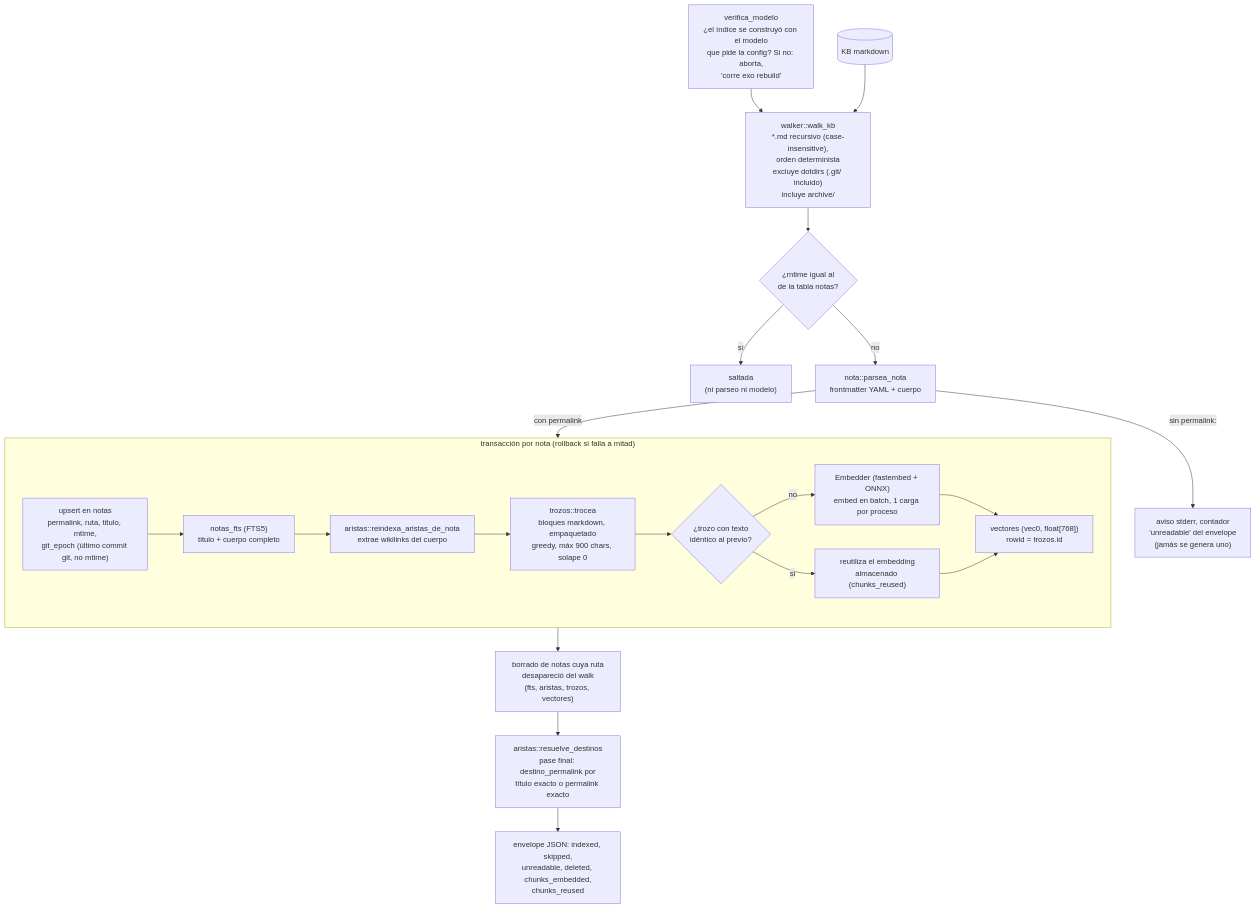
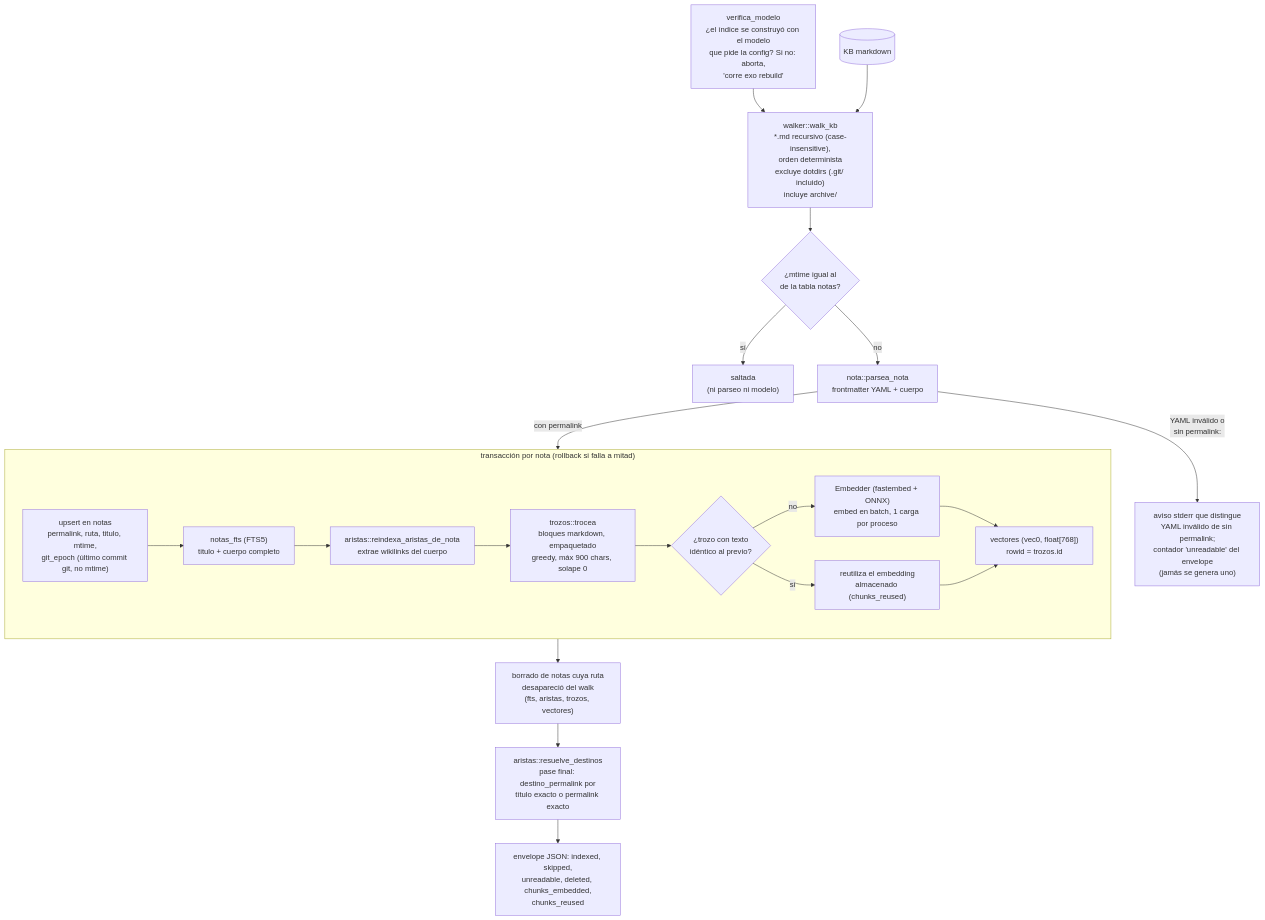
One commit to pguerrerolinares/exo changed the second of 4 diagrams in docs/arquitectura.md. Above: the diagram before and after it, drawn with Mermaid. The commit also changed 3 other files, not shown here.

First line of the commit message:
fix(engine): integración de #181 — aserción citada, fmt y diagrama del indexer

````diff
--- a/docs/arquitectura.md
+++ b/docs/arquitectura.md
@@ -103,26 +103,26 @@
 ```mermaid
 flowchart TD
     GUARD["verifica_modelo<br/>¿el índice se construyó con el modelo<br/>que pide la config? Si no: aborta,<br/>'corre exo rebuild'"] --> WALK
     KB[("KB markdown")] --> WALK["walker::walk_kb<br/>*.md recursivo (case-insensitive),<br/>orden determinista<br/>excluye dotdirs (.git/ incluido)<br/>incluye archive/"]
     WALK --> MT{"¿mtime igual al<br/>de la tabla notas?"}
     MT -->|"sí"| SKIP["saltada<br/>(ni parseo ni modelo)"]
     MT -->|"no"| PARSE["nota::parsea_nota<br/>frontmatter YAML + cuerpo"]
-    PARSE -->|"sin permalink:"| WARN["aviso stderr, contador<br/>'unreadable' del envelope<br/>(jamás se genera uno)"]
+    PARSE -->|"YAML inválido o<br/>sin permalink:"| WARN["aviso stderr que distingue<br/>YAML inválido de sin permalink;<br/>contador 'unreadable' del envelope<br/>(jamás se genera uno)"]
     PARSE -->|"con permalink"| TX
     subgraph TX["transacción por nota (rollback si falla a mitad)"]
         NOTAS["upsert en notas<br/>permalink, ruta, titulo, mtime,<br/>git_epoch (último commit git, no mtime)"]
         FTS["notas_fts (FTS5)<br/>titulo + cuerpo completo"]
         AR["aristas::reindexa_aristas_de_nota<br/>extrae wikilinks del cuerpo"]
         TR["trozos::trocea<br/>bloques markdown, empaquetado<br/>greedy, máx 900 chars, solape 0"]
         CACHE{"¿trozo con texto<br/>idéntico al previo?"}
         EMB["Embedder (fastembed + ONNX)<br/>embed en batch, 1 carga por proceso"]
         VEC["vectores (vec0, float[768])<br/>rowid = trozos.id"]
         NOTAS --> FTS --> AR --> TR --> CACHE
         CACHE -->|"sí"| REUSA["reutiliza el embedding<br/>almacenado (chunks_reused)"]
         CACHE -->|"no"| EMB --> VEC
         REUSA --> VEC
     end
     TX --> DEL["borrado de notas cuya ruta<br/>desapareció del walk<br/>(fts, aristas, trozos, vectores)"]
     DEL --> RES["aristas::resuelve_destinos<br/>pase final: destino_permalink por<br/>título exacto o permalink exacto"]
     RES --> ENV["envelope JSON: indexed, skipped,<br/>unreadable, deleted, chunks_embedded,<br/>chunks_reused"]
 ```
````
